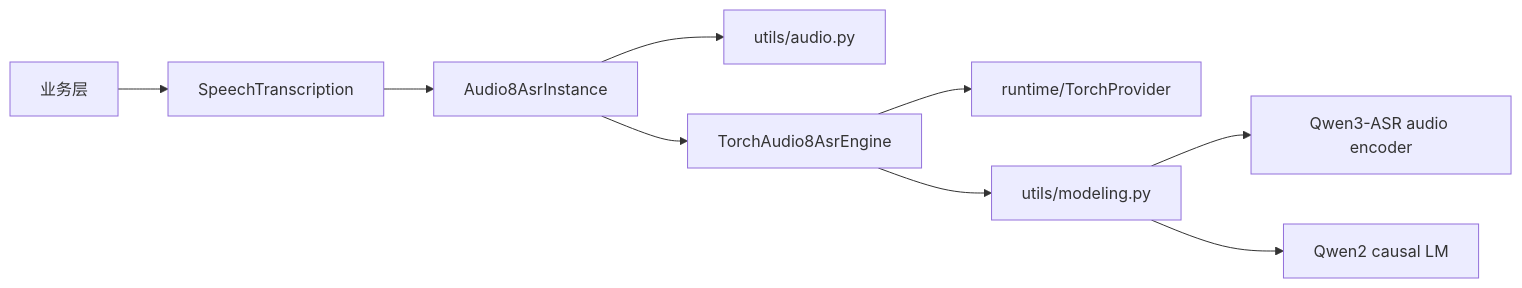
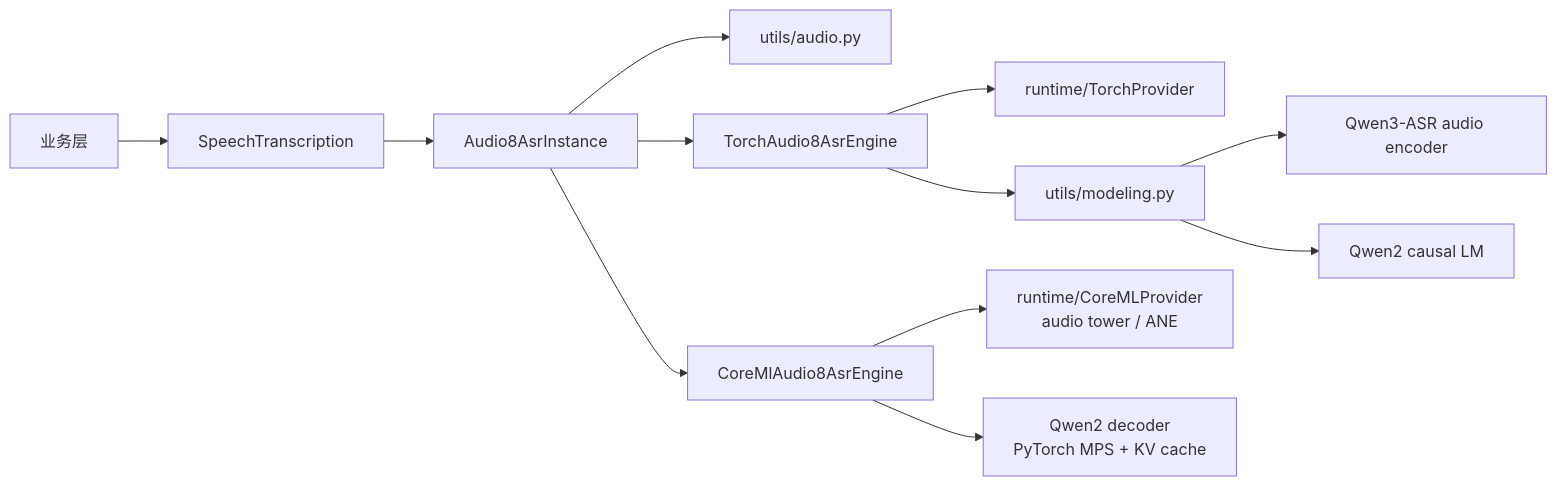
Before and after one commit to devilyouwei/hugging-mac: the diagram in doc/20-audio8-asr-sdk.md, drawn with Mermaid. The commit also changed other lines of this file and 26 other files, not shown here.

Commit message:
feat: add Core ML runtime for audio8 ASR model

````diff
--- a/doc/20-audio8-asr-sdk.md
+++ b/doc/20-audio8-asr-sdk.md
@@ -42,11 +49,14 @@
 ```mermaid
 flowchart LR
     App["业务层"] --> Capability["SpeechTranscription"]
     Capability --> Instance["Audio8AsrInstance"]
     Instance --> Audio["utils/audio.py"]
-    Instance --> Engine["TorchAudio8AsrEngine"]
-    Engine --> Provider["runtime/TorchProvider"]
-    Engine --> Model["utils/modeling.py"]
+    Instance --> TorchEngine["TorchAudio8AsrEngine"]
+    Instance --> CoreMLEngine["CoreMlAudio8AsrEngine"]
+    TorchEngine --> TorchProvider["runtime/TorchProvider"]
+    CoreMLEngine --> CoreMLProvider["runtime/CoreMLProvider<br/>audio tower / ANE"]
+    CoreMLEngine --> Decoder["Qwen2 decoder<br/>PyTorch MPS + KV cache"]
+    TorchEngine --> Model["utils/modeling.py"]
     Model --> Encoder["Qwen3-ASR audio encoder"]
     Model --> LM["Qwen2 causal LM"]
 ```
````
